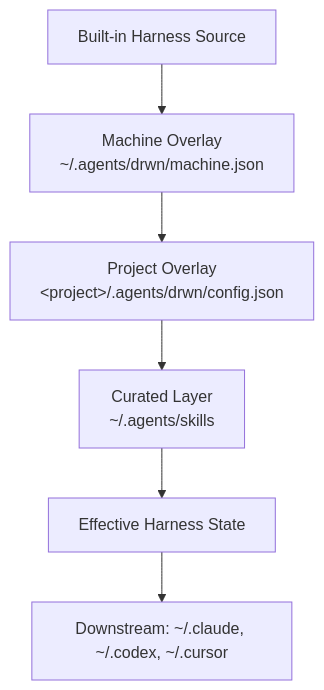
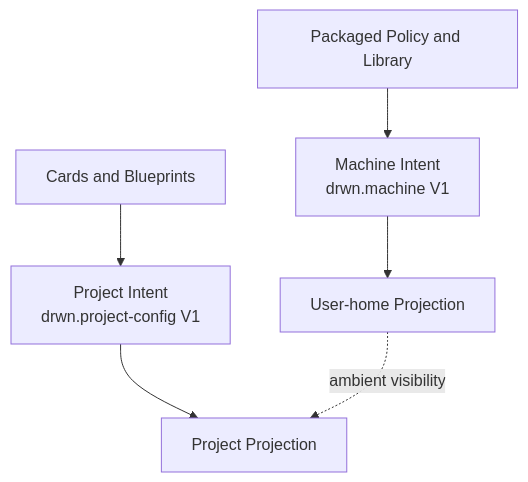
The diagram in docs-docusaurus/docs/concepts/layered-model.md (remyjkim/darwinian-worker), drawn with Mermaid before and after one commit. The commit also changed other lines of this file and 46 other files, not shown here.

````diff
--- a/docs-docusaurus/docs/concepts/layered-model.md
+++ b/docs-docusaurus/docs/concepts/layered-model.md
@@ -9,8 +9,8 @@
 ```mermaid
 flowchart TB
-    A[Built-in Harness Source] --> B[Machine Overlay<br/>~/.agents/drwn/machine.json]
-    B --> C[Project Overlay<br/>&lt;project&gt;/.agents/drwn/config.json]
-    C --> D[Curated Layer<br/>~/.agents/skills]
-    D --> E[Effective Harness State]
-    E --> F[Downstream: ~/.claude, ~/.codex, ~/.cursor]
+    A[Packaged Policy and Library] --> B[Machine Intent<br/>drwn.machine V1]
+    B --> C[User-home Projection]
+    D[Cards and Blueprints] --> E[Project Intent<br/>drwn.project-config V1]
+    E --> F[Project Projection]
+    C -. ambient visibility .-> F
 ```
````
